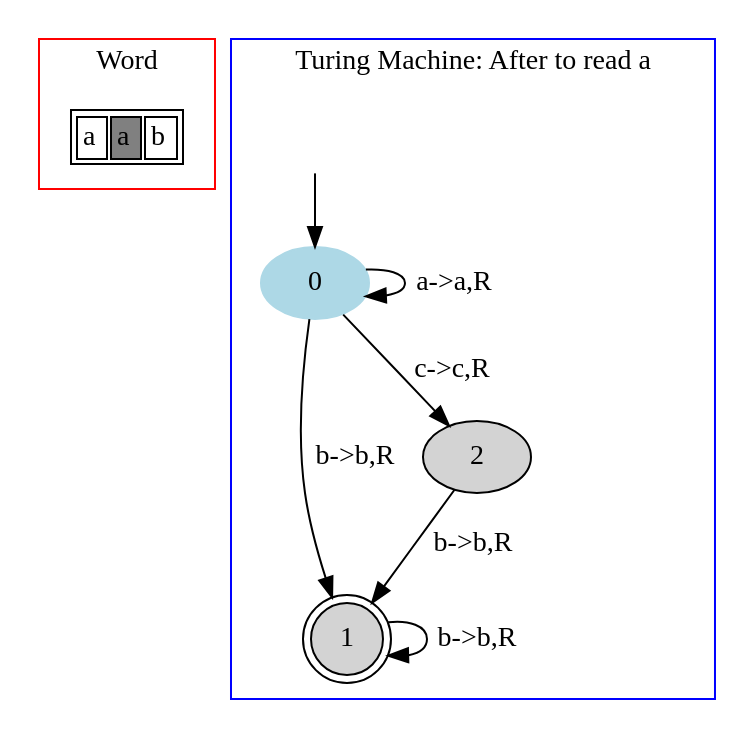
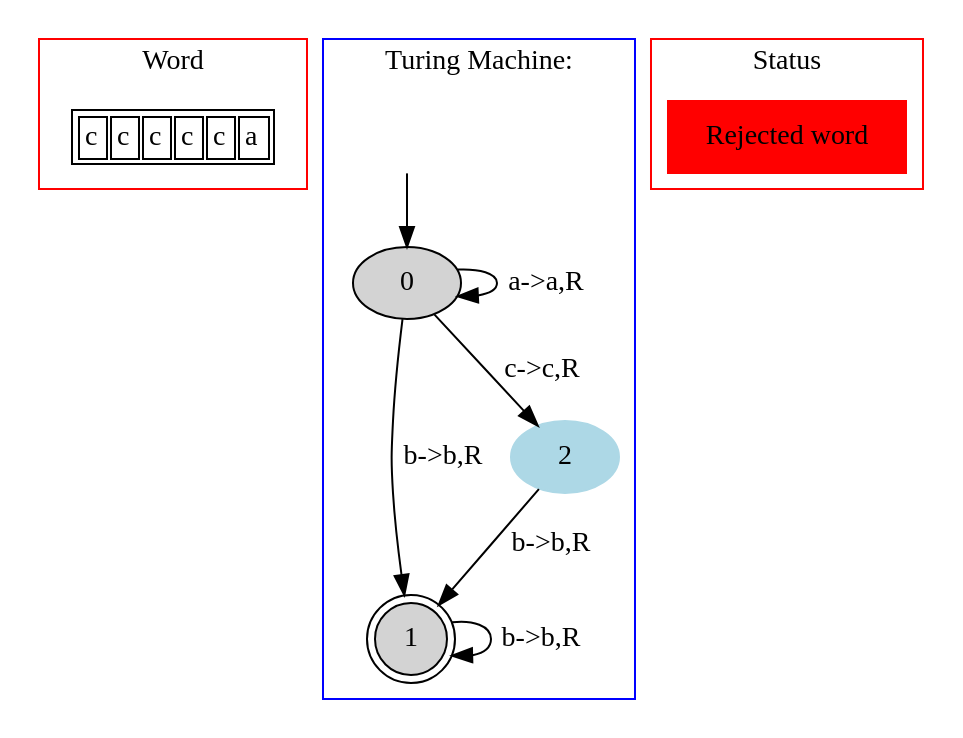
Before and after one commit to danielScLima/turing_machine: the diagram in TM/images/file3.dot, drawn with Graphviz. The commit also changed 9 other files, not shown here.

```diff
--- a/TM/images/file3.dot
+++ b/TM/images/file3.dot
@@ -1,30 +1,39 @@
 digraph G {
 	subgraph cluster_0 {
 		node [shape=plaintext];
 
 struct1 [label=<<TABLE>
 <TR>
+<TD><FONT>c</FONT></TD>
+<TD><FONT>c</FONT></TD>
+<TD><FONT>c</FONT></TD>
+<TD><FONT>c</FONT></TD>
+<TD><FONT>c</FONT></TD>
 <TD><FONT>a</FONT></TD>
-<TD BGCOLOR="gray"><FONT>a</FONT></TD>
-<TD><FONT>b</FONT></TD>
 </TR>
 </TABLE>>];
 label = "Word";
 color=red;
 }
 	subgraph cluster_1 {
 		node [style=filled];
-		label = "Turing Machine: After to read a"
+		label = "Turing Machine: "
 		color=blue;
 
-		0 [color="lightblue"];
+		0;
 		1 [shape="doublecircle"];
-		2;
+		2 [color="lightblue"];
 		0->0[label="a->a,R"];
 		0->1[label="b->b,R"];
 		0->2[label="c->c,R"];
 		1->1[label="b->b,R"];
 		2->1[label="b->b,R"];
 x [color=white, label=""];		x->0	}
 
+subgraph cluster_0s {
+node [style=filled, shape=rect];
+cluster_0_n [label="Rejected word", color="red"];
+label = "Status";
+color=red;
 }
+}
```
